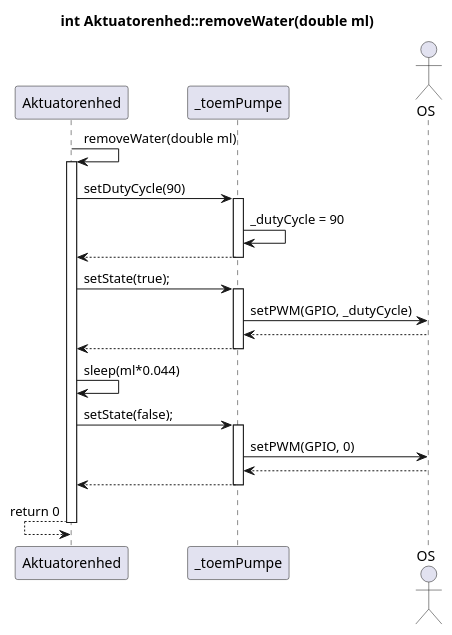
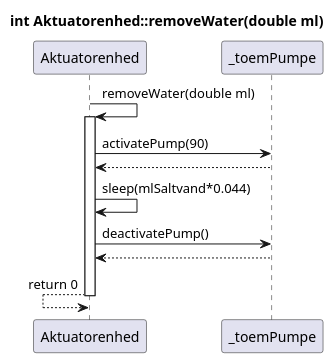
One commit to Solvgraa-mager/E4PRJ4 changed the diagram in Design/Akutuator enhed/Software/AE/AD_AE_removeWater.puml. Above: the diagram before and after it, drawn with PlantUML. The commit also changed 87 other files, not shown here.

```diff
--- a/Design/Akutuator enhed/Software/AE/AD_AE_removeWater.puml
+++ b/Design/Akutuator enhed/Software/AE/AD_AE_removeWater.puml
@@ -1,30 +1,17 @@
 @startuml SD_AE_removeWater
 
 Participant Aktuatorenhed as ae
 participant _toemPumpe as tp
-actor OS as os
 title int Aktuatorenhed::removeWater(double ml)
 
 ae -> ae : removeWater(double ml)
         activate ae
-            ae -> tp :setDutyCycle(90)
-            activate tp
-            tp -> tp : _dutyCycle = 90
+            ae -> tp : activatePump(90)
             ae <-- tp
-            deactivate tp
-            ae -> tp : setState(true);
-            activate tp
-            tp -> os : setPWM(GPIO, _dutyCycle)
-            tp <-- os
+            ae -> ae : sleep(mlSaltvand*0.044)
+
+            ae -> tp : deactivatePump()
             ae <-- tp
-            deactivate tp
-        ae -> ae : sleep(ml*0.044)
-        ae -> tp : setState(false);
-            activate tp
-            tp -> os : setPWM(GPIO, 0)
-            tp <-- os
-            ae <-- tp
-            deactivate tp
-        ae <-- ae : return 0 
+            ae <-- ae : return 0 
         deactivate ae
 @enduml
```
